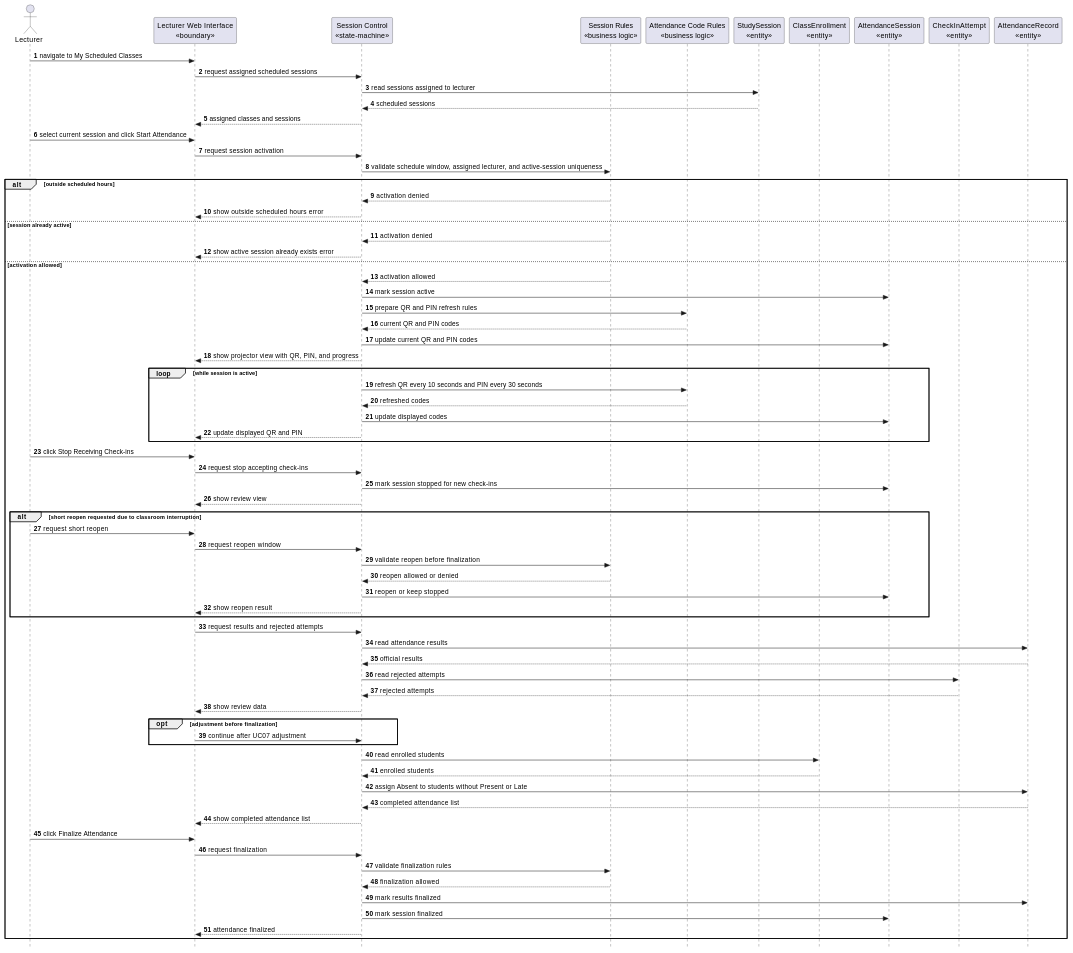
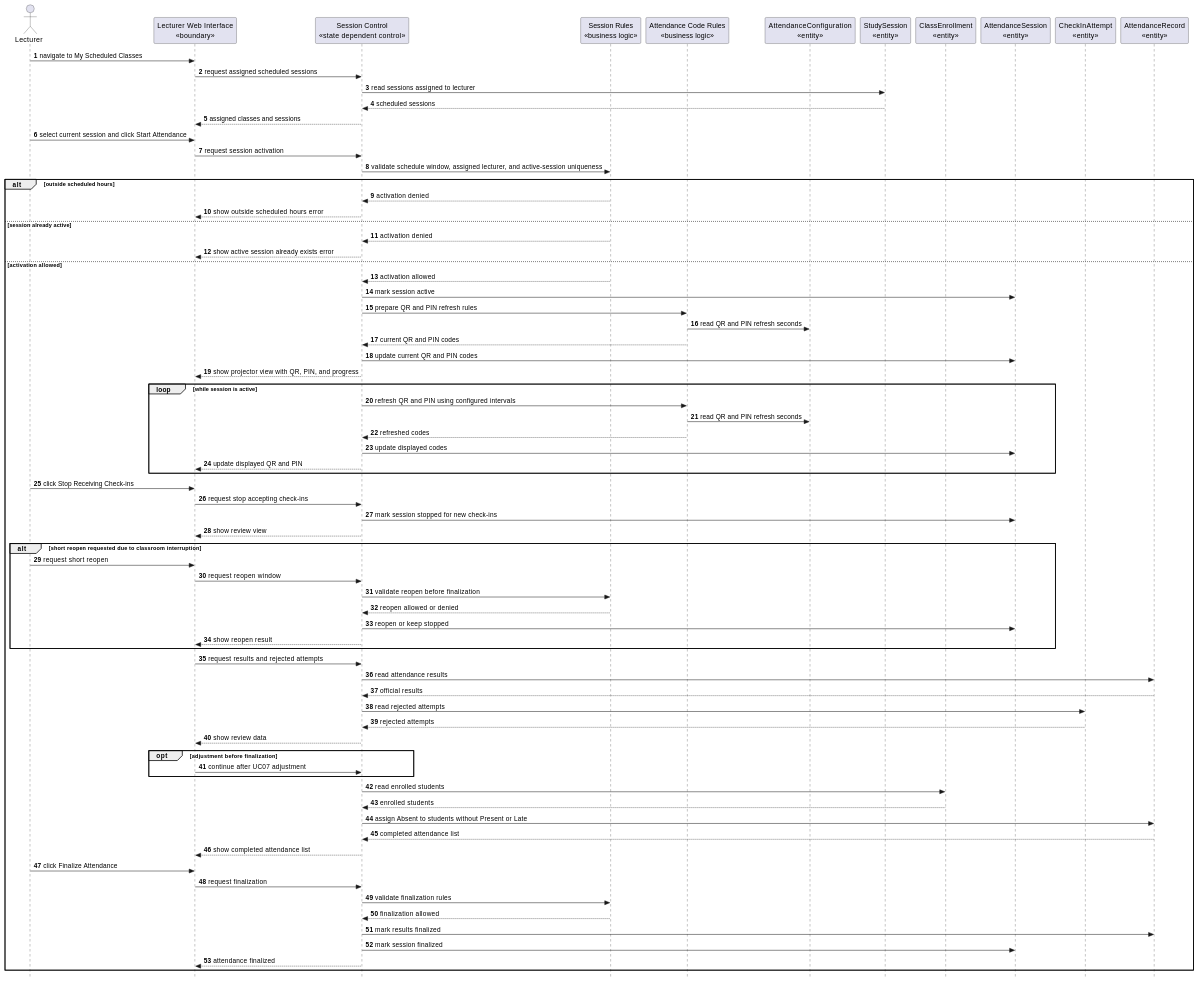
One commit to nttung42/SWD392 changed diagram 12 of 26 in docs/sds/2_Analysis.md. Above: the diagram before and after it, drawn with PlantUML. The commit also changed other lines of this file, not shown here.

Commit message:
tmp Contextual boundary class diagram

```diff
--- a/docs/sds/2_Analysis.md
+++ b/docs/sds/2_Analysis.md
@@ -596,9 +796,10 @@
 autonumber
 actor "Lecturer" as Lecturer
 participant "Lecturer Web Interface\n«boundary»" as LecturerUI
-participant "Session Control\n«state-machine»" as SessionControl
+participant "Session Control\n«state dependent control»" as SessionControl
 participant "Session Rules\n«business logic»" as SessionRules
 participant "Attendance Code Rules\n«business logic»" as CodeRules
+participant "AttendanceConfiguration\n«entity»" as AttendanceConfig
 participant "StudySession\n«entity»" as StudySession
 participant "ClassEnrollment\n«entity»" as ClassEnrollment
 participant "AttendanceSession\n«entity»" as AttendanceSession
@@ -624,12 +825,14 @@
   SessionRules --> SessionControl : activation allowed
   SessionControl -> AttendanceSession : mark session active
   SessionControl -> CodeRules : prepare QR and PIN refresh rules
+  CodeRules -> AttendanceConfig : read QR and PIN refresh seconds
   CodeRules --> SessionControl : current QR and PIN codes
   SessionControl -> AttendanceSession : update current QR and PIN codes
   SessionControl --> LecturerUI : show projector view with QR, PIN, and progress
 
   loop while session is active
-    SessionControl -> CodeRules : refresh QR every 10 seconds and PIN every 30 seconds
+    SessionControl -> CodeRules : refresh QR and PIN using configured intervals
+    CodeRules -> AttendanceConfig : read QR and PIN refresh seconds
     CodeRules --> SessionControl : refreshed codes
     SessionControl -> AttendanceSession : update displayed codes
     SessionControl --> LecturerUI : update displayed QR and PIN
```
